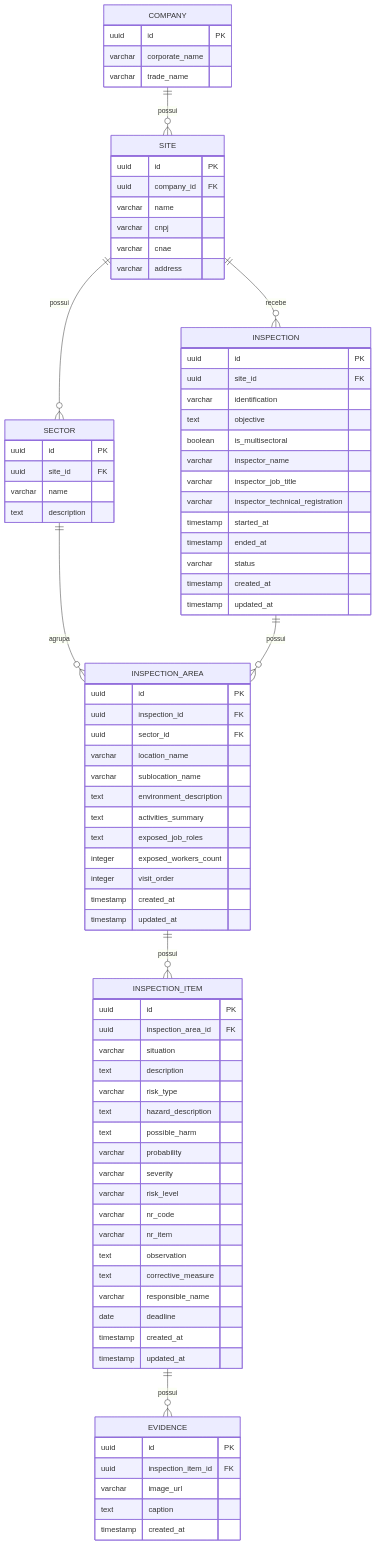
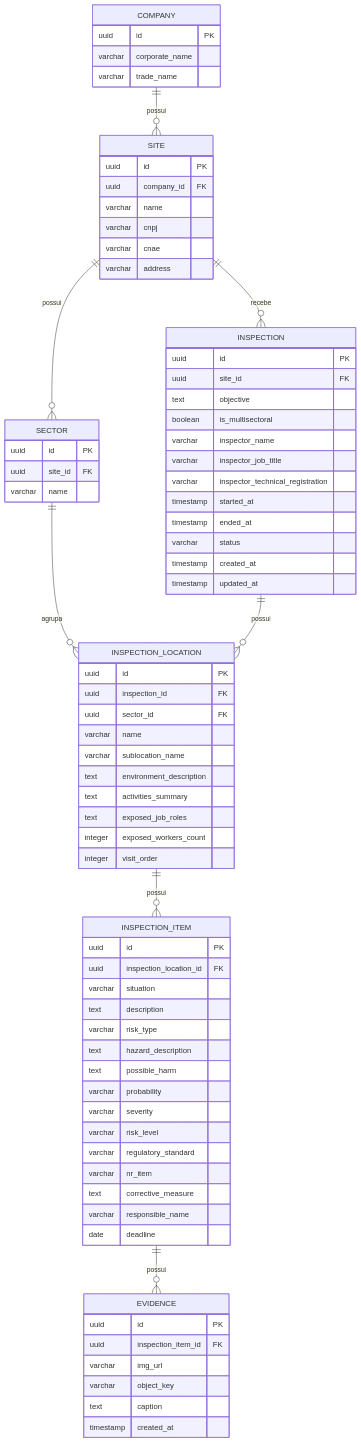
The diagram in README.md (juliana-barreto/inspection-api), drawn with Mermaid before and after one commit. The commit also changed other lines of this file and 1 other file, not shown here.

````diff
--- a/README.md
+++ b/README.md
@@ -9,21 +172,17 @@
 
     COMPANY ||--o{ SITE : possui
     SITE ||--o{ SECTOR : possui
-
     SITE ||--o{ INSPECTION : recebe
-    SECTOR ||--o{ INSPECTION_AREA : agrupa
-
-    INSPECTION ||--o{ INSPECTION_AREA : possui
-    INSPECTION_AREA ||--o{ INSPECTION_ITEM : possui
+    SECTOR ||--o{ INSPECTION_LOCATION : agrupa
+    INSPECTION ||--o{ INSPECTION_LOCATION : possui
+    INSPECTION_LOCATION ||--o{ INSPECTION_ITEM : possui
     INSPECTION_ITEM ||--o{ EVIDENCE : possui
-
 
     COMPANY {
         uuid id PK
         varchar corporate_name
         varchar trade_name
     }
-
     SITE {
         uuid id PK
         uuid company_id FK
@@ -32,89 +191,60 @@
         varchar cnae
         varchar address
     }
-
     SECTOR {
         uuid id PK
         uuid site_id FK
         varchar name
-        text description
     }
-
     INSPECTION {
         uuid id PK
         uuid site_id FK
-
-        varchar identification
         text objective
         boolean is_multisectoral
-
         varchar inspector_name
         varchar inspector_job_title
         varchar inspector_technical_registration
-
         timestamp started_at
         timestamp ended_at
         varchar status
-
         timestamp created_at
         timestamp updated_at
     }
-
-    INSPECTION_AREA {
+    INSPECTION_LOCATION {
         uuid id PK
         uuid inspection_id FK
         uuid sector_id FK
-
-        varchar location_name
+        varchar name
         varchar sublocation_name
-
         text environment_description
         text activities_summary
-
         text exposed_job_roles
         integer exposed_workers_count
-
         integer visit_order
-
-        timestamp created_at
-        timestamp updated_at
     }
-
     INSPECTION_ITEM {
         uuid id PK
-        uuid inspection_area_id FK
-
+        uuid inspection_location_id FK
         varchar situation
-
         text description
         varchar risk_type
         text hazard_description
         text possible_harm
-
         varchar probability
         varchar severity
         varchar risk_level
-
-        varchar nr_code
+        varchar regulatory_standard
         varchar nr_item
-
-        text observation
-
         text corrective_measure
         varchar responsible_name
         date deadline
-
-        timestamp created_at
-        timestamp updated_at
     }
-
     EVIDENCE {
         uuid id PK
         uuid inspection_item_id FK
-
-        varchar image_url
+        varchar img_url
+        varchar object_key
         text caption
-
         timestamp created_at
     }
 ```
````
